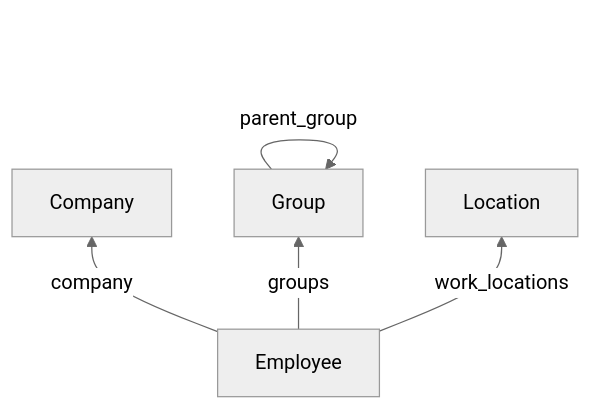
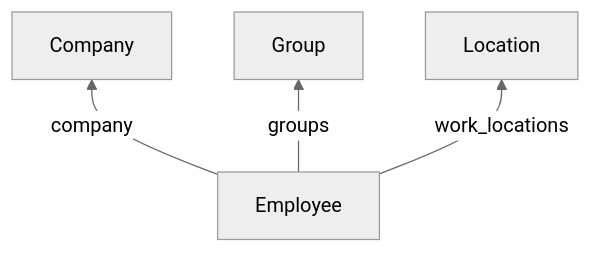
One commit to kaval1810/bindbee-docs-test changed the diagram in guides/data-models/organization.mdx. Above: the diagram before and after it, drawn with Mermaid (neutral theme). The commit also changed other lines of this file and 61 other files, not shown here.

````diff
--- a/guides/data-models/organization.mdx
+++ b/guides/data-models/organization.mdx
@@ -13,12 +21,6 @@
 ```mermaid
 flowchart BT
-    COMPANY[Company]
-    GROUP[Group]
-    LOCATION[Location]
-    EMPLOYEE[Employee]
-
-    EMPLOYEE -->|company| COMPANY
-    EMPLOYEE -->|groups| GROUP
-    EMPLOYEE -->|work_locations| LOCATION
-    GROUP -->|parent_group| GROUP
+    EMPLOYEE[Employee] -->|company| COMPANY[Company]
+    EMPLOYEE -->|groups| GROUP[Group]
+    EMPLOYEE -->|work_locations| LOCATION[Location]
 ```
````
